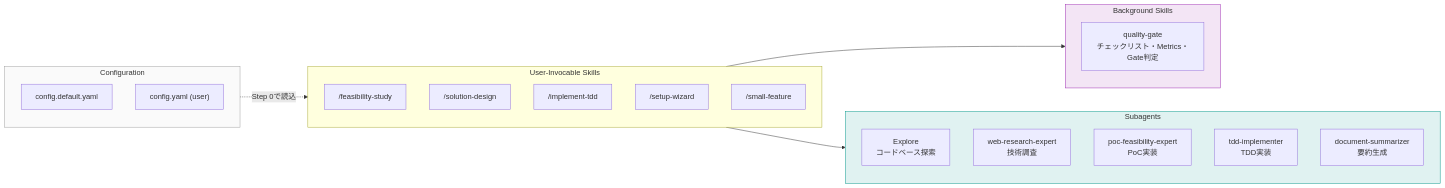
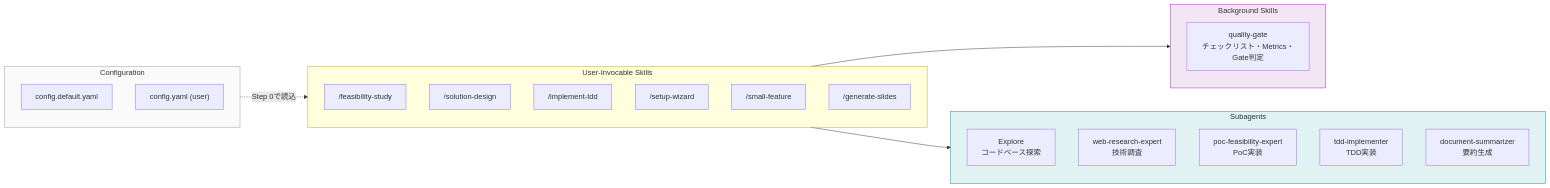
One commit to arudita-zzz/app-dev-prompt-suite changed the fifth of 5 diagrams in plugins/app-dev-suite/doc/workflow-diagrams.md. Above: the diagram before and after it, drawn with Mermaid. The commit also changed 6 other files, not shown here.

First line of the commit message:
Add generate-slides skill for Marp presentation generation from phase artifacts

````diff
--- a/plugins/app-dev-suite/doc/workflow-diagrams.md
+++ b/plugins/app-dev-suite/doc/workflow-diagrams.md
@@ -157,35 +157,36 @@
 ```mermaid
 flowchart LR
     subgraph Skills["User-Invocable Skills"]
         FS["/feasibility-study"]
         SD["/solution-design"]
         IT["/implement-tdd"]
         SW["/setup-wizard"]
         SF["/small-feature"]
+        GS["/generate-slides"]
     end
 
     subgraph Background["Background Skills"]
         QG["quality-gate\nチェックリスト・Metrics・Gate判定"]
     end
 
     subgraph Agents["Subagents"]
         EX["Explore\nコードベース探索"]
         WR["web-research-expert\n技術調査"]
         POC["poc-feasibility-expert\nPoC実装"]
         TDD["tdd-implementer\nTDD実装"]
         DS["document-summarizer\n要約生成"]
     end
 
     subgraph Config["Configuration"]
         CD["config.default.yaml"]
         CU["config.yaml (user)"]
     end
 
     Skills --> Background
     Skills --> Agents
     Config -.->|"Step 0で読込"| Skills
 
     style Background fill:#f3e5f5,stroke:#9C27B0
     style Agents fill:#e0f2f1,stroke:#009688
     style Config fill:#fafafa,stroke:#9E9E9E
 ```
````
